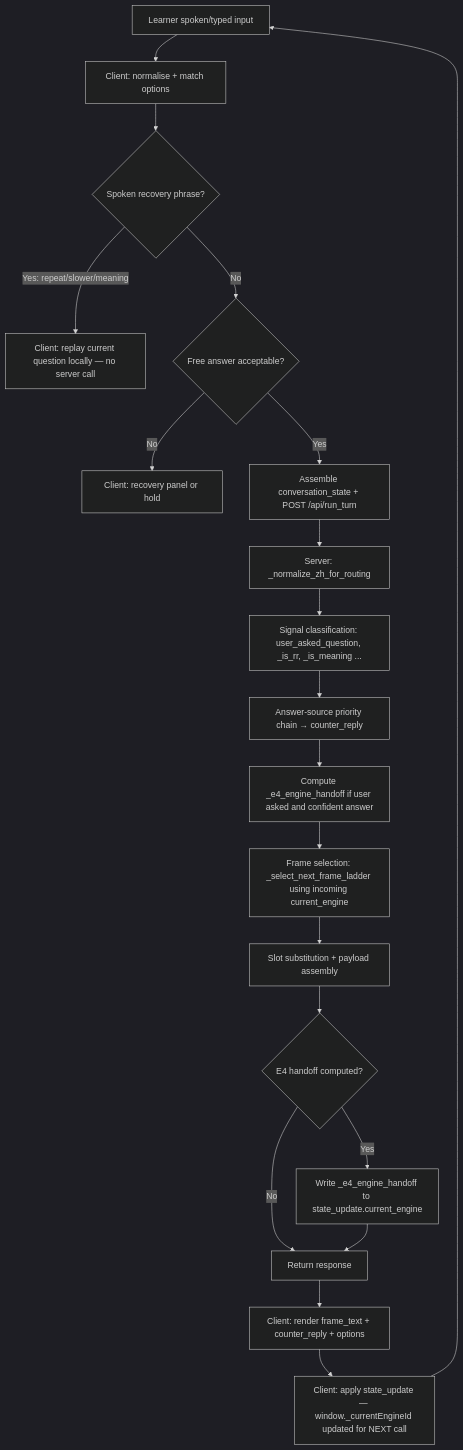
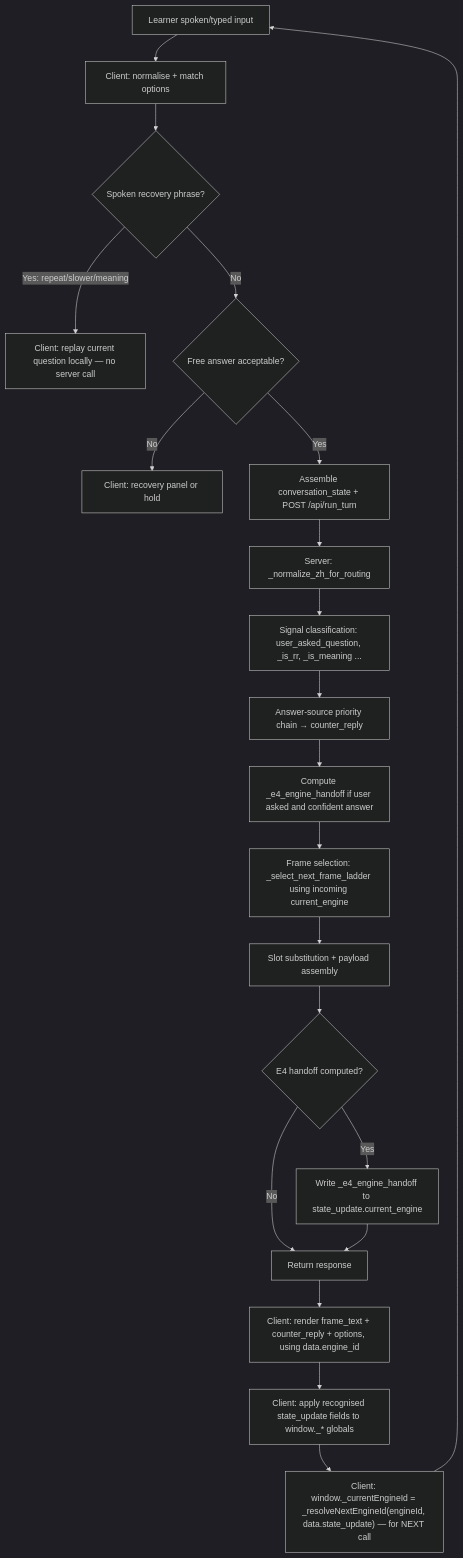
Before and after one commit to drryoung/MandarinOS-core: the diagram in docs/CONVERSATION_ARCHITECTURE.md, drawn with Mermaid (dark theme). The commit also changed other lines of this file and 1 other file, not shown here.

Commit message:
docs: align architecture contracts with r2 baseline

````diff
--- a/docs/CONVERSATION_ARCHITECTURE.md
+++ b/docs/CONVERSATION_ARCHITECTURE.md
@@ -190,22 +206,23 @@
 ```mermaid
 flowchart TD
     A[Learner spoken/typed input] --> B[Client: normalise + match options]
     B --> C{Spoken recovery phrase?}
     C -- Yes: repeat/slower/meaning --> D[Client: replay current question locally — no server call]
     C -- No --> E{Free answer acceptable?}
     E -- No --> F[Client: recovery panel or hold]
     E -- Yes --> G[Assemble conversation_state + POST /api/run_turn]
     G --> H[Server: _normalize_zh_for_routing]
     H --> I[Signal classification: user_asked_question, _is_rr, _is_meaning ...]
     I --> J[Answer-source priority chain → counter_reply]
     J --> K[Compute _e4_engine_handoff if user asked and confident answer]
     K --> L[Frame selection: _select_next_frame_ladder using incoming current_engine]
     L --> M[Slot substitution + payload assembly]
     M --> N{E4 handoff computed?}
     N -- Yes --> O[Write _e4_engine_handoff to state_update.current_engine]
     N -- No --> P[Return response]
     O --> P
-    P --> Q[Client: render frame_text + counter_reply + options]
-    Q --> R[Client: apply state_update — window._currentEngineId updated for NEXT call]
-    R --> A
+    P --> Q[Client: render frame_text + counter_reply + options, using data.engine_id]
+    Q --> R[Client: apply recognised state_update fields to window._* globals]
+    R --> S["Client: window._currentEngineId = _resolveNextEngineId(engineId, data.state_update) — for NEXT call"]
+    S --> A
 ```
````
